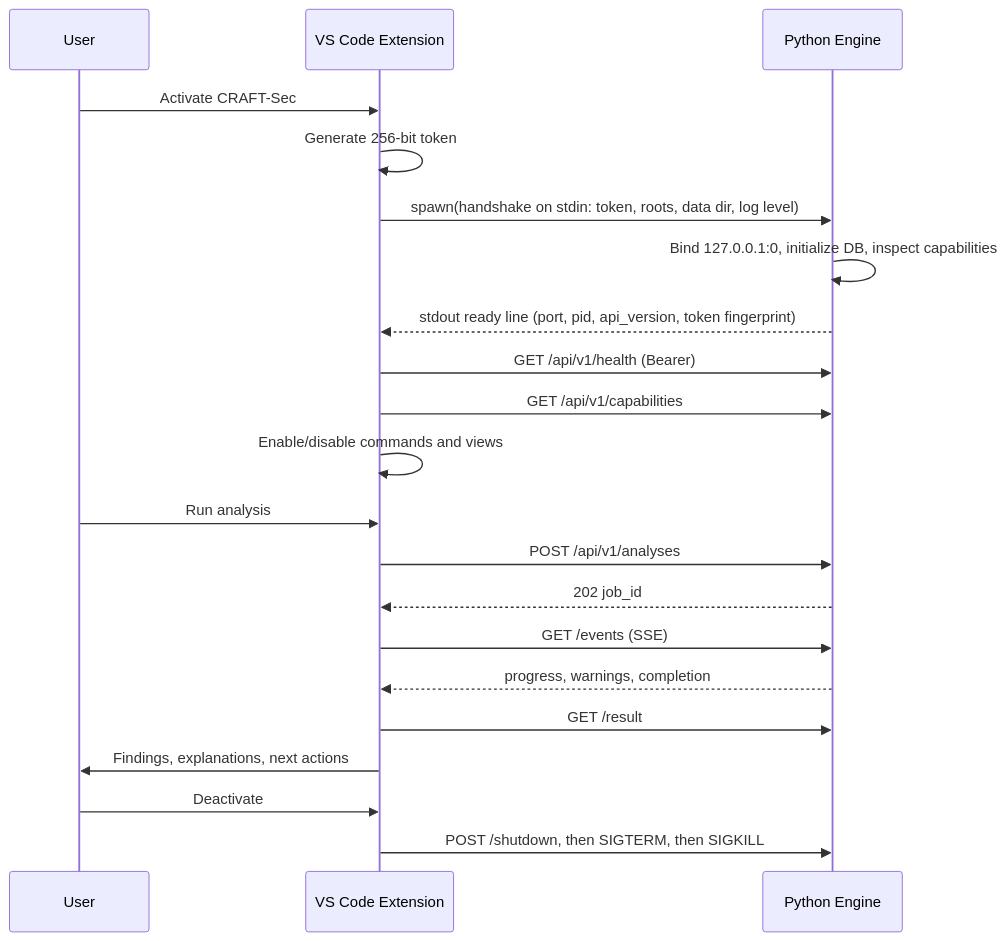
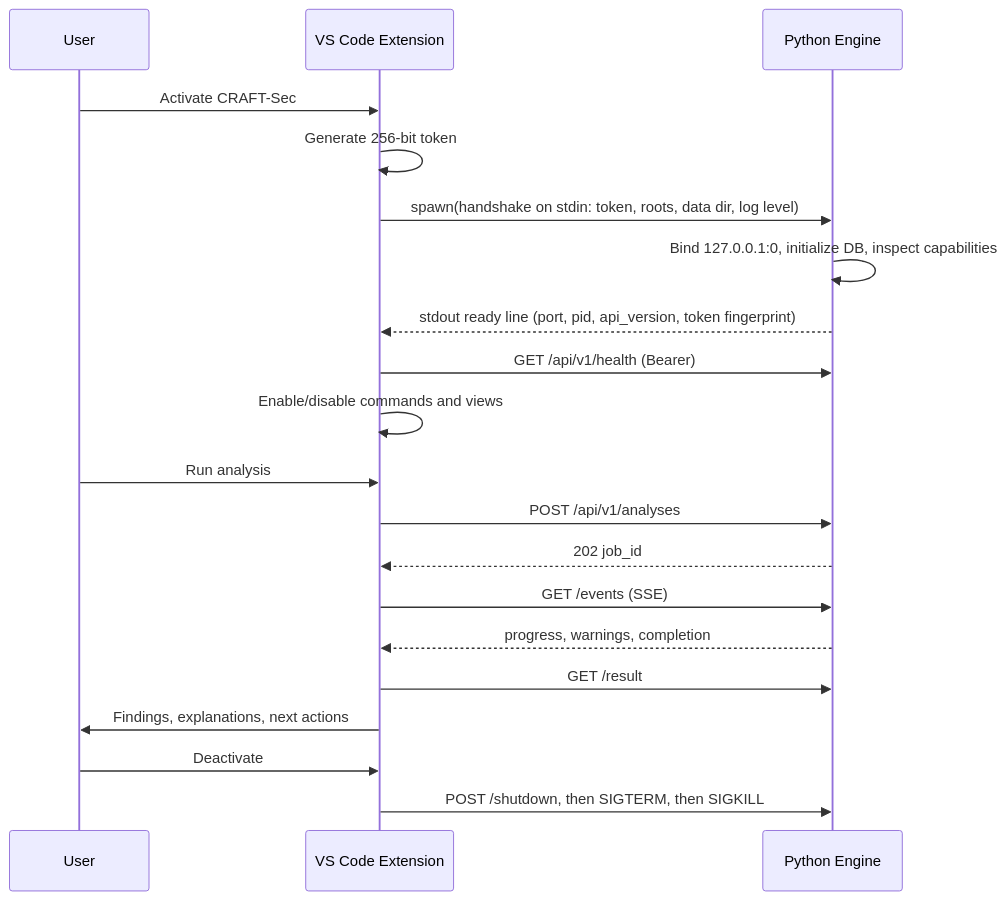
The second of 4 diagrams in docs/architecture.md (sajib91/CRAFT-Sec), drawn with Mermaid before and after one commit. The commit also changed other lines of this file and 126 other files, not shown here.

````diff
--- a/docs/architecture.md
+++ b/docs/architecture.md
@@ -375,23 +388,22 @@
 ```mermaid
 sequenceDiagram
     participant U as User
     participant E as VS Code Extension
     participant P as Python Engine
     U->>E: Activate CRAFT-Sec
     E->>E: Generate 256-bit token
     E->>P: spawn(handshake on stdin: token, roots, data dir, log level)
     P->>P: Bind 127.0.0.1:0, initialize DB, inspect capabilities
     P-->>E: stdout ready line (port, pid, api_version, token fingerprint)
     E->>P: GET /api/v1/health (Bearer)
-    E->>P: GET /api/v1/capabilities
     E->>E: Enable/disable commands and views
     U->>E: Run analysis
     E->>P: POST /api/v1/analyses
     P-->>E: 202 job_id
     E->>P: GET /events (SSE)
     P-->>E: progress, warnings, completion
     E->>P: GET /result
     E->>U: Findings, explanations, next actions
     U->>E: Deactivate
     E->>P: POST /shutdown, then SIGTERM, then SIGKILL
 ```
````
